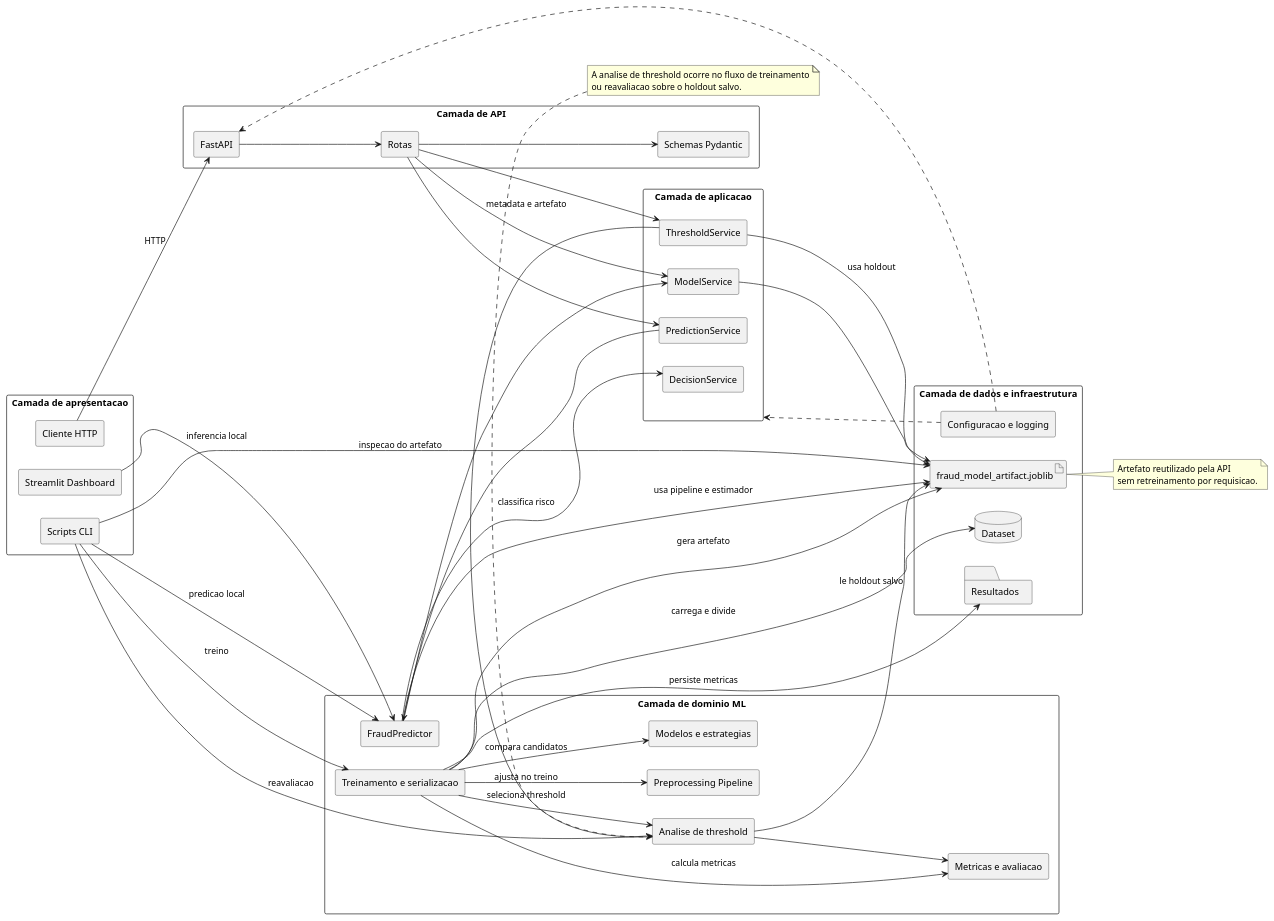
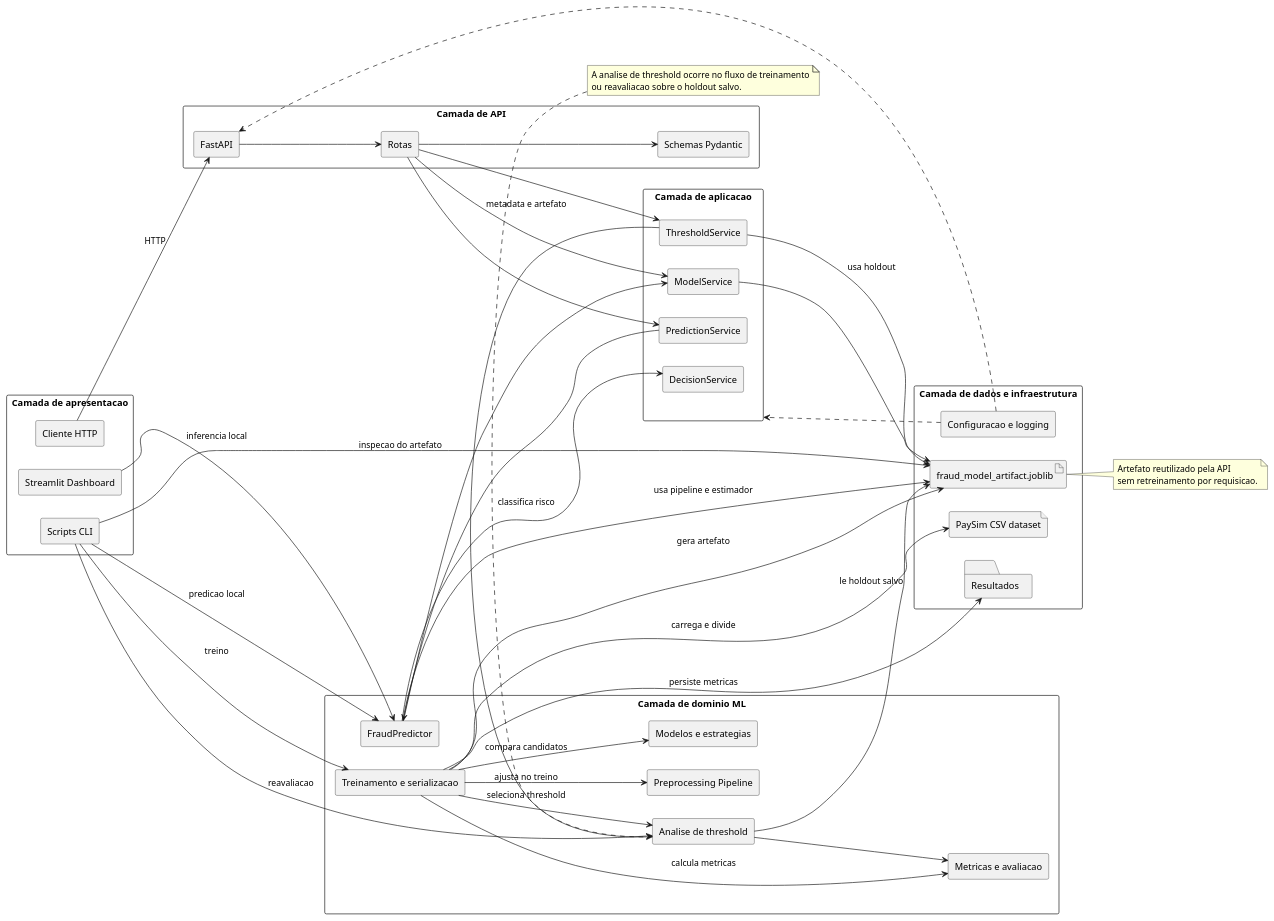
Before and after one commit to CaioTeramito/MVP-FraudDetection: the diagram in docs/diagrams/arquitetura_camadas.puml, drawn with PlantUML. The commit also changed 18 other files, not shown here.

```diff
--- a/docs/diagrams/arquitetura_camadas.puml
+++ b/docs/diagrams/arquitetura_camadas.puml
@@ -1,83 +1,83 @@
 @startuml
 left to right direction
 skinparam componentStyle rectangle
 skinparam packageStyle rectangle
 
 package "Camada de apresentacao" as Presentation {
   component "Streamlit Dashboard" as Streamlit
   component "Cliente HTTP" as Client
   component "Scripts CLI" as Scripts
 }
 
 package "Camada de API" as ApiLayer {
   component "FastAPI" as FastAPI
   component "Rotas" as Routes
   component "Schemas Pydantic" as Schemas
 }
 
 package "Camada de aplicacao" as Application {
   component "PredictionService" as PredictionService
   component "ModelService" as ModelService
   component "DecisionService" as DecisionService
   component "ThresholdService" as ThresholdService
 }
 
 package "Camada de dominio ML" as MlDomain {
   component "FraudPredictor" as Predictor
   component "Preprocessing Pipeline" as Preprocessing
   component "Modelos e estrategias" as Models
   component "Treinamento e serializacao" as Training
   component "Metricas e avaliacao" as Evaluation
   component "Analise de threshold" as ThresholdAnalysis
 }
 
 package "Camada de dados e infraestrutura" as Infrastructure {
-  database "Dataset" as Dataset
+  file "PaySim CSV dataset" as Dataset
   artifact "fraud_model_artifact.joblib" as Artifact
   folder "Resultados" as Results
   component "Configuracao e logging" as Config
 }
 
 Streamlit --> Predictor : inferencia local
 Client --> FastAPI : HTTP
 Scripts --> Predictor : predicao local
 Scripts --> Training : treino
 Scripts --> ThresholdAnalysis : reavaliacao
 Scripts --> Artifact : inspecao do artefato
 
 FastAPI --> Routes
 Routes --> Schemas
 Routes --> PredictionService
 Routes --> ThresholdService
 Routes --> ModelService : metadata e artefato
 
 PredictionService --> Predictor
 ModelService --> Artifact
 Predictor --> ModelService
 Predictor --> Artifact : usa pipeline e estimador
 Predictor --> DecisionService : classifica risco
 ThresholdService --> ThresholdAnalysis
 ThresholdService --> Artifact : usa holdout
 ThresholdAnalysis --> Evaluation
 
 Training --> Dataset : carrega e divide
 Training --> Preprocessing : ajusta no treino
 Training --> Models : compara candidatos
 Training --> Evaluation : calcula metricas
 Training --> ThresholdAnalysis : seleciona threshold
 Training --> Artifact : gera artefato
 Training --> Results : persiste metricas
 ThresholdAnalysis --> Artifact : le holdout salvo
 Config ..> FastAPI
 Config ..> Application
 
 note right of Artifact
 Artefato reutilizado pela API
 sem retreinamento por requisicao.
 end note
 
 note bottom of ThresholdAnalysis
 A analise de threshold ocorre no fluxo de treinamento
 ou reavaliacao sobre o holdout salvo.
 end note
 @enduml
```
